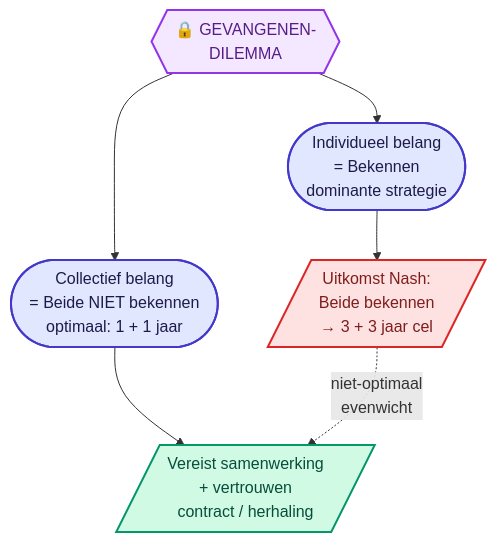
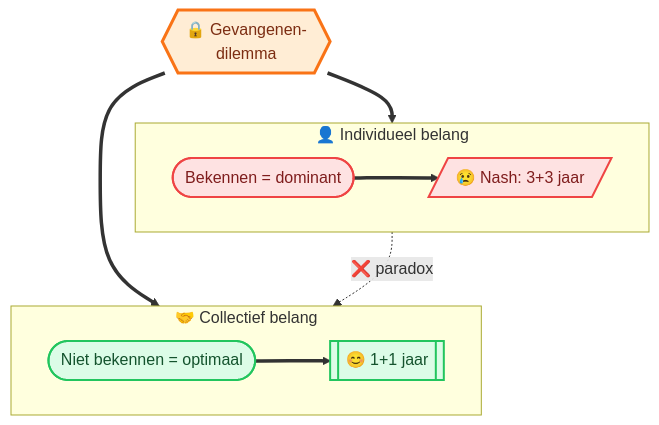
Before and after one commit to ateknol/HAVO-Economie-examen: the fourth of 23 diagrams in Volledige_Samenvatting_H1_H2.md, drawn with Mermaid. The commit also changed other lines of this file and 6 other files, not shown here.

````diff
--- a/Volledige_Samenvatting_H1_H2.md
+++ b/Volledige_Samenvatting_H1_H2.md
@@ -254,22 +254,21 @@
 ```mermaid
 flowchart TD
-    GD{{"🔒 GEVANGENEN-<br/>DILEMMA"}}
-    Ind(["Individueel belang<br/>= Bekennen<br/>dominante strategie"])
-    Col(["Collectief belang<br/>= Beide NIET bekennen<br/>optimaal: 1 + 1 jaar"])
-    Uit[/"Uitkomst Nash:<br/>Beide bekennen<br/>→ 3 + 3 jaar cel"/]
-    Sam[/"Vereist samenwerking<br/>+ vertrouwen<br/>contract / herhaling"/]
-
-    GD --> Ind --> Uit
-    GD --> Col --> Sam
-    Uit -. "niet-optimaal<br/>evenwicht" .-> Sam
-
-    classDef term fill:#f3e8ff,stroke:#9333ea,stroke-width:2px,color:#581c87
-    classDef proces fill:#e0e7ff,stroke:#4338ca,stroke-width:2px,color:#1e1b4b
-    classDef fout fill:#fee2e2,stroke:#dc2626,stroke-width:2px,color:#7f1d1d
-    classDef goed fill:#d1fae5,stroke:#059669,stroke-width:2px,color:#064e3b
-
-    class GD term
-    class Ind,Col proces
-    class Uit fout
-    class Sam goed
+    GD_Kern{{"🔒 Gevangenen-<br/>dilemma"}}
+    subgraph GD_Ind["👤 Individueel belang"]
+        direction LR
+        GD_Dom(["Bekennen = dominant"]) ==> GD_Slecht[/"😢 Nash: 3+3 jaar"/]
+    end
+    subgraph GD_Col["🤝 Collectief belang"]
+        direction LR
+        GD_Opt(["Niet bekennen = optimaal"]) ==> GD_Goed[["😊 1+1 jaar"]]
+    end
+    GD_Kern ==> GD_Dom
+    GD_Kern ==> GD_Opt
+    GD_Slecht -.->|"❌ paradox"| GD_Goed
+    classDef risico fill:#ffedd5,stroke:#f97316,stroke-width:3px,color:#7c2d12
+    classDef falen fill:#fee2e2,stroke:#ef4444,stroke-width:2px,color:#7f1d1d
+    classDef succes fill:#dcfce7,stroke:#22c55e,stroke-width:2px,color:#14532d
+    class GD_Kern risico
+    class GD_Dom,GD_Slecht falen
+    class GD_Opt,GD_Goed succes
 ```
````
